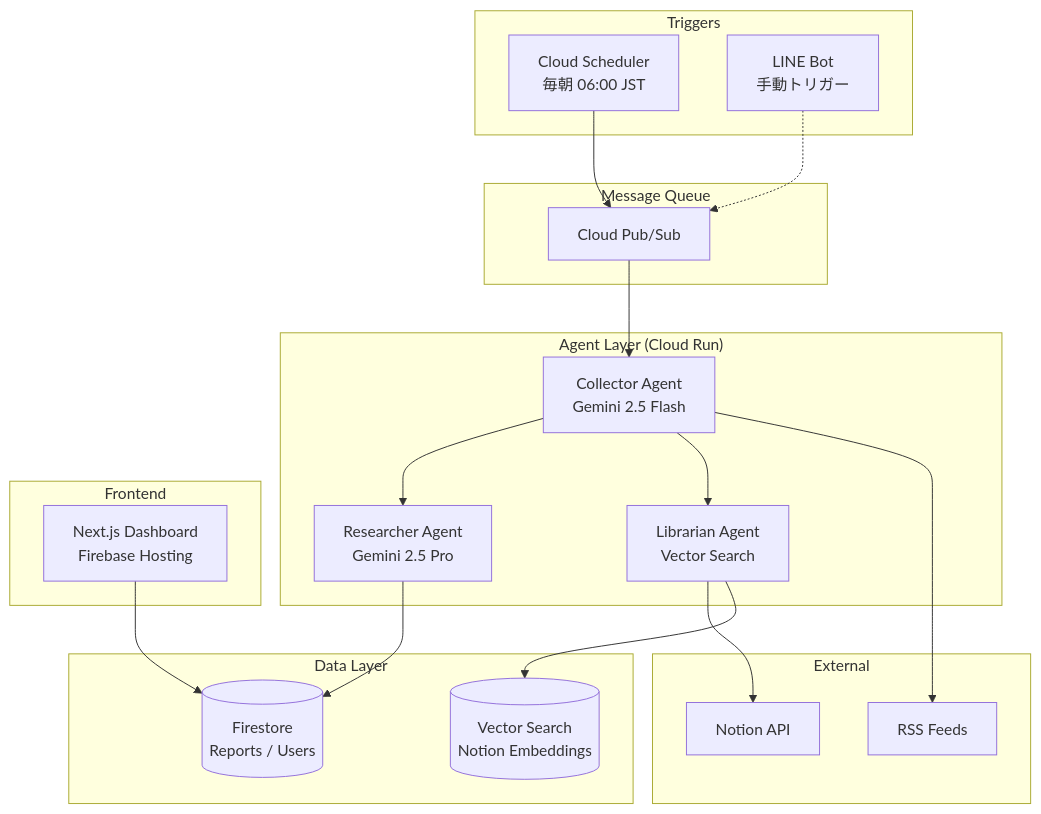
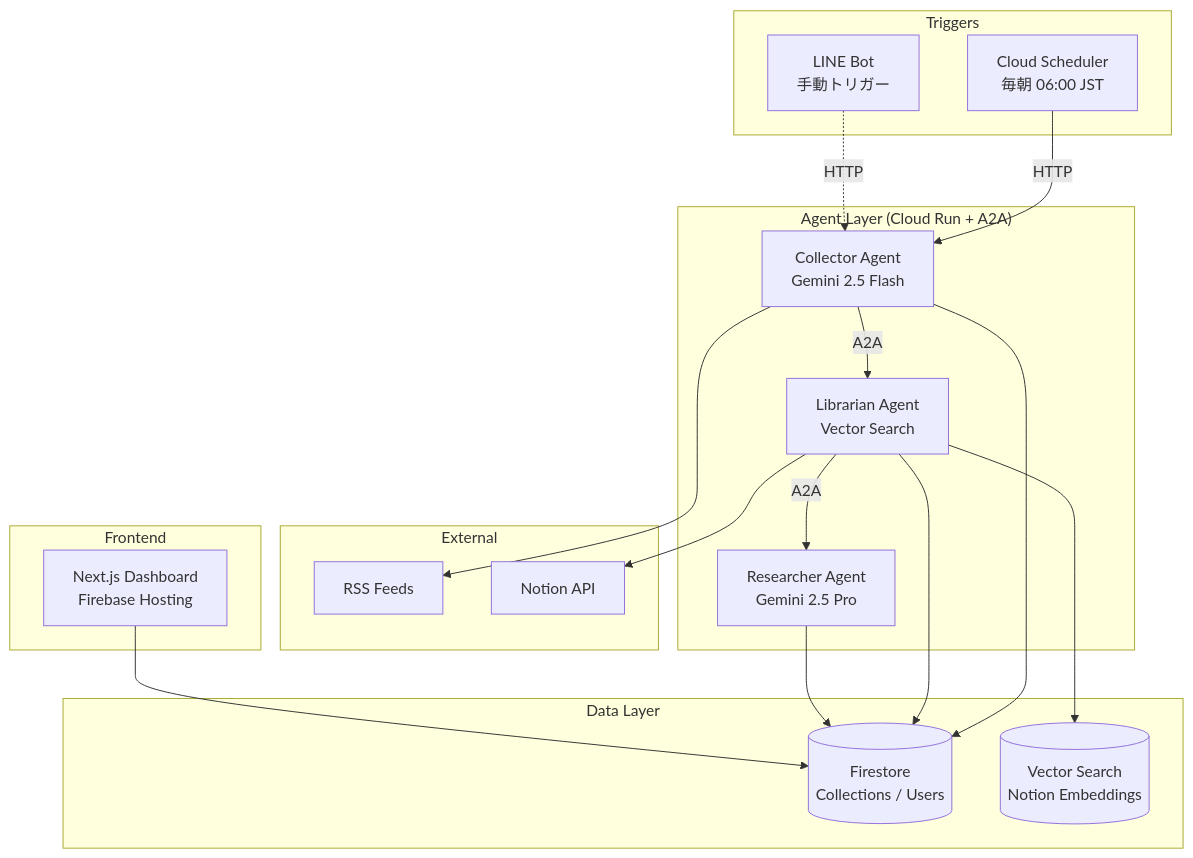
The first of 2 diagrams in docs/Design_doc.md (Renz0043/curation-persona), drawn with Mermaid before and after one commit. The commit also changed other lines of this file and 4 other files, not shown here.

````diff
--- a/docs/Design_doc.md
+++ b/docs/Design_doc.md
@@ -29,44 +29,41 @@
 ```mermaid
 graph TD
     subgraph "Triggers"
         Scheduler[Cloud Scheduler<br/>毎朝 06:00 JST]
         LineBot[LINE Bot<br/>手動トリガー]
     end
 
-    subgraph "Message Queue"
-        PubSub[Cloud Pub/Sub]
-    end
-
-    subgraph "Agent Layer (Cloud Run)"
+    subgraph "Agent Layer (Cloud Run + A2A)"
         Collector[Collector Agent<br/>Gemini 2.5 Flash]
         Librarian[Librarian Agent<br/>Vector Search]
         Researcher[Researcher Agent<br/>Gemini 2.5 Pro]
     end
 
     subgraph "Data Layer"
-        Firestore[(Firestore<br/>Reports / Users)]
+        Firestore[(Firestore<br/>Collections / Users)]
         VectorDB[(Vector Search<br/>Notion Embeddings)]
     end
 
     subgraph "External"
         RSS[RSS Feeds]
         Notion[Notion API]
     end
 
     subgraph "Frontend"
         Dashboard[Next.js Dashboard<br/>Firebase Hosting]
     end
 
-    Scheduler --> PubSub
-    LineBot -.-> PubSub
+    Scheduler -->|HTTP| Collector
+    LineBot -.->|HTTP| Collector
 
-    PubSub --> Collector
+    Collector -->|A2A| Librarian
     Collector --> RSS
-    Collector --> Librarian
+    Collector --> Firestore
+    Librarian -->|A2A| Researcher
     Librarian --> VectorDB
     Librarian --> Notion
-    Collector --> Researcher
+    Librarian --> Firestore
     Researcher --> Firestore
 
     Dashboard --> Firestore
 ```
````
